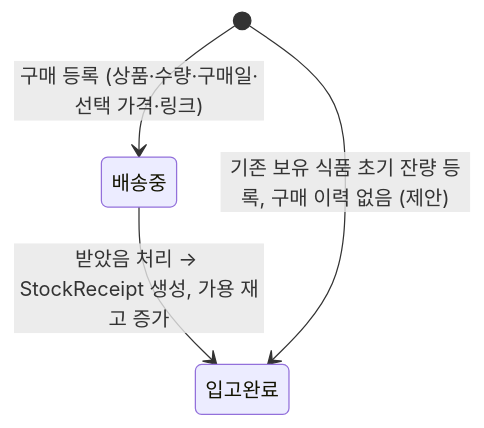
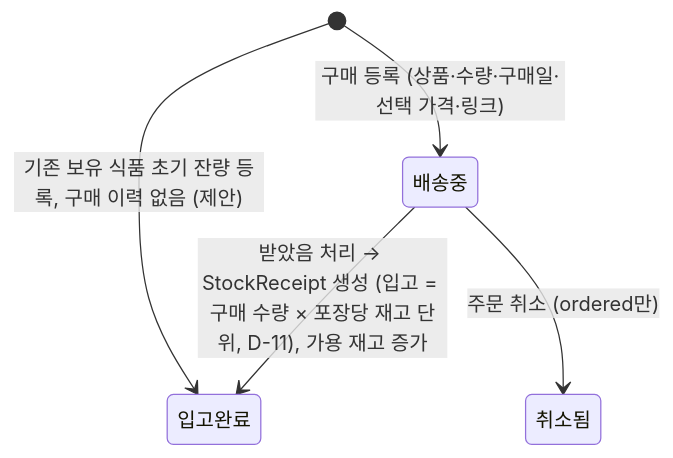
One commit to chaeseungyun/diet_management changed the third of 9 diagrams in docs/state-transitions.md. Above: the diagram before and after it, drawn with Mermaid. The commit also changed other lines of this file and 6 other files, not shown here.

````diff
--- a/docs/state-transitions.md
+++ b/docs/state-transitions.md
@@ -67,6 +67,7 @@
 ```mermaid
 stateDiagram-v2
     [*] --> 배송중 : 구매 등록 (상품·수량·구매일·선택 가격·링크)
-    배송중 --> 입고완료 : 받았음 처리 → StockReceipt 생성, 가용 재고 증가
+    배송중 --> 입고완료 : 받았음 처리 → StockReceipt 생성 (입고 = 구매 수량 × 포장당 재고 단위, D-11), 가용 재고 증가
+    배송중 --> 취소됨 : 주문 취소 (ordered만)
     [*] --> 입고완료 : 기존 보유 식품 초기 잔량 등록, 구매 이력 없음 (제안)
 ```
````
